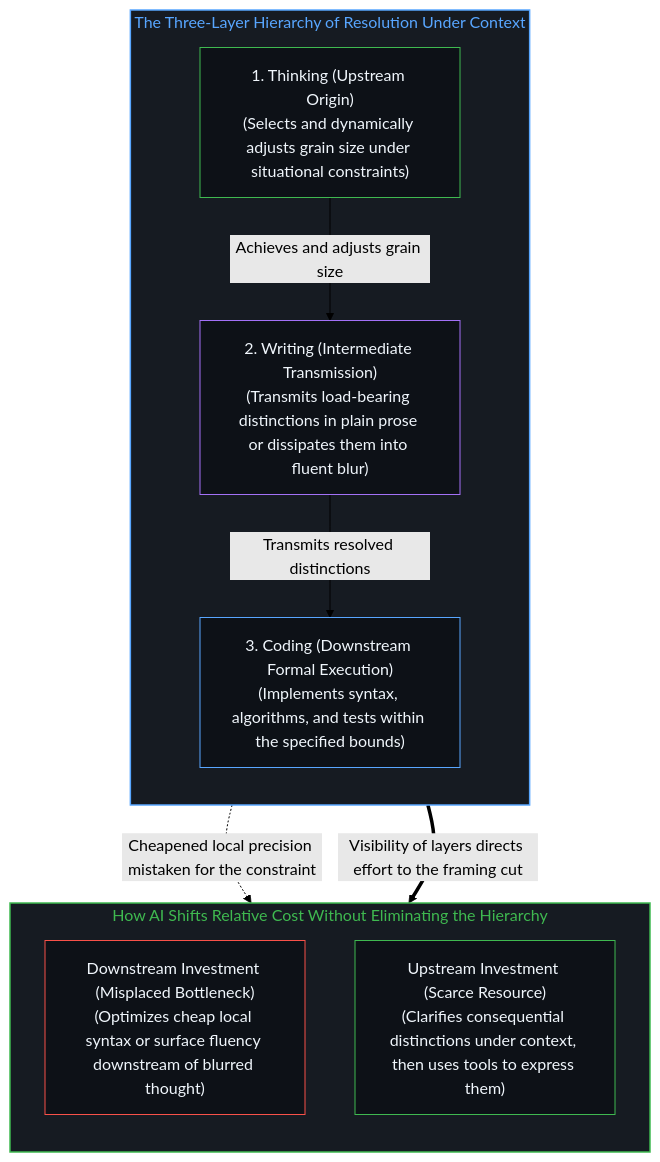
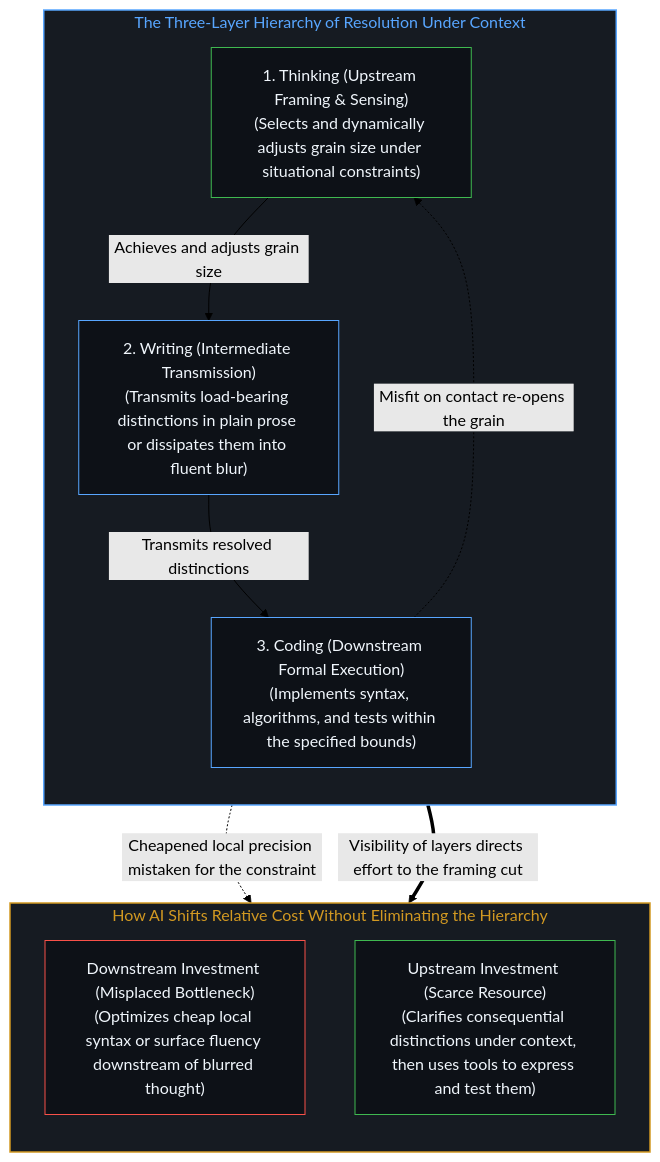
The fourth of 4 diagrams in content/posts/precision-and-resolution.md (powerpig99/not-a-toe), drawn with Mermaid (forest theme) before and after one commit. The commit also changed other lines of this file and 2 other files, not shown here.

````diff
--- a/content/posts/precision-and-resolution.md
+++ b/content/posts/precision-and-resolution.md
@@ -122,24 +125,25 @@
 ```mermaid
 flowchart TD
     subgraph S_Hierarchy["The Three-Layer Hierarchy of Resolution Under Context"]
         direction TB
-        T_Think["1. Thinking (Upstream Origin)<br/>(Selects and dynamically adjusts grain size under situational constraints)"]
+        T_Think["1. Thinking (Upstream Framing & Sensing)<br/>(Selects and dynamically adjusts grain size under situational constraints)"]
         T_Write["2. Writing (Intermediate Transmission)<br/>(Transmits load-bearing distinctions in plain prose or dissipates them into fluent blur)"]
         T_Code["3. Coding (Downstream Formal Execution)<br/>(Implements syntax, algorithms, and tests within the specified bounds)"]
         T_Think -->|"Achieves and adjusts grain size"| T_Write -->|"Transmits resolved distinctions"| T_Code
+        T_Code -.->|"Misfit on contact re-opens the grain"| T_Think
     end
     subgraph S_Shift["How AI Shifts Relative Cost Without Eliminating the Hierarchy"]
         direction TB
         C_Down["Downstream Investment (Misplaced Bottleneck)<br/>(Optimizes cheap local syntax or surface fluency downstream of blurred thought)"]
-        C_Up["Upstream Investment (Scarce Resource)<br/>(Clarifies consequential distinctions under context, then uses tools to express them)"]
+        C_Up["Upstream Investment (Scarce Resource)<br/>(Clarifies consequential distinctions under context, then uses tools to express and test them)"]
     end
     T_Code -.->|"Cheapened local precision mistaken for the constraint"| C_Down
     T_Think ==>|"Visibility of layers directs effort to the framing cut"| C_Up
     style S_Hierarchy fill:#161b22,stroke:#58a6ff,stroke-width:1.5px,color:#58a6ff
-    style S_Shift fill:#161b22,stroke:#3fb950,stroke-width:1.5px,color:#3fb950
+    style S_Shift fill:#161b22,stroke:#d29922,stroke-width:1.5px,color:#d29922
     style T_Think fill:#0d1117,stroke:#3fb950,stroke-width:1px,color:#f0f6fc
-    style T_Write fill:#0d1117,stroke:#a371f7,stroke-width:1px,color:#f0f6fc
+    style T_Write fill:#0d1117,stroke:#58a6ff,stroke-width:1px,color:#f0f6fc
     style T_Code fill:#0d1117,stroke:#58a6ff,stroke-width:1px,color:#f0f6fc
     style C_Down fill:#0d1117,stroke:#f85149,stroke-width:1px,color:#f0f6fc
     style C_Up fill:#0d1117,stroke:#3fb950,stroke-width:1px,color:#f0f6fc
 ```
````
